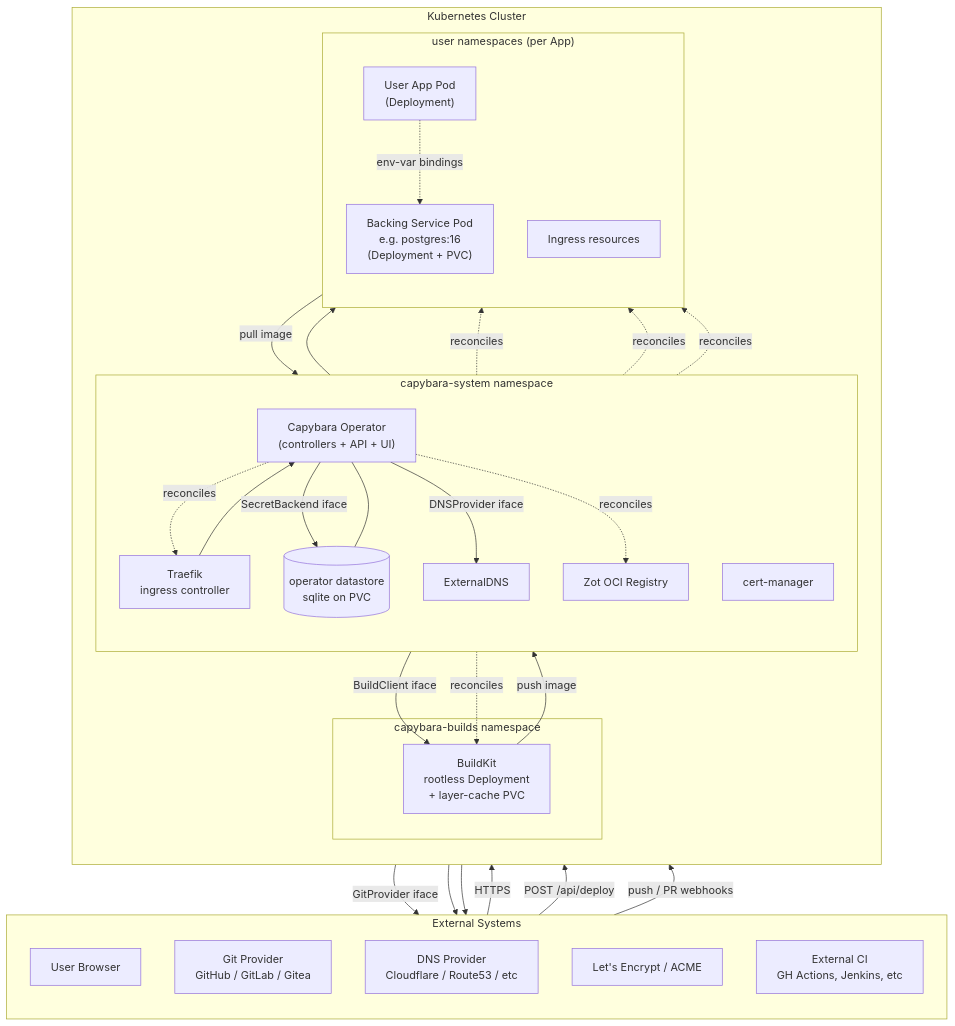
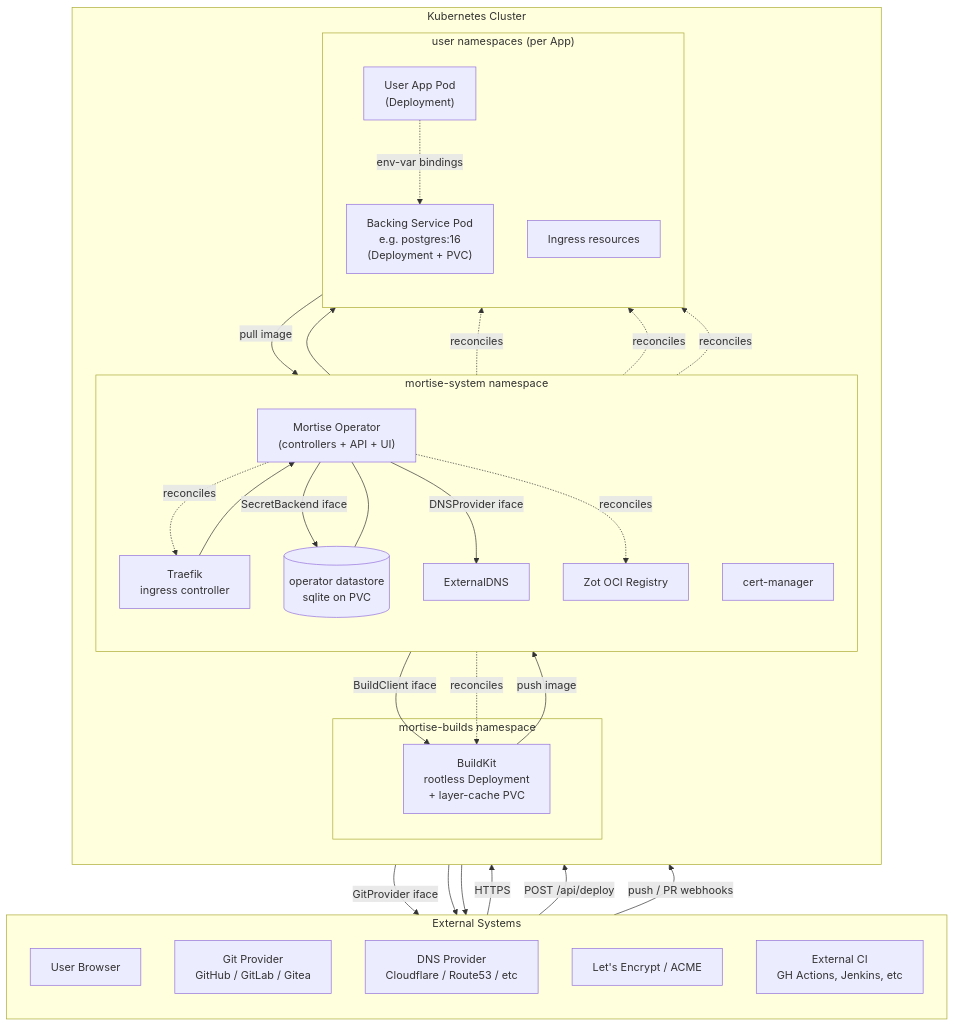
The first of 5 diagrams in ARCHITECTURE.md (mortise-org/mortise), drawn with Mermaid before and after one commit. The commit also changed other lines of this file and 2 other files, not shown here.

Commit message:
Rename Capybara → Mortise; addons are tenons (joinery metaphor)

````diff
--- a/ARCHITECTURE.md
+++ b/ARCHITECTURE.md
@@ -13,64 +13,64 @@
 ```mermaid
 flowchart TB
     subgraph External["External Systems"]
         direction TB
         User[User Browser]
         GitHub[Git Provider<br/>GitHub / GitLab / Gitea]
         DNSProv[DNS Provider<br/>Cloudflare / Route53 / etc]
         ACME[Let's Encrypt / ACME]
         CI[External CI<br/>GH Actions, Jenkins, etc]
     end
 
     subgraph Cluster["Kubernetes Cluster"]
         direction TB
 
-        subgraph SysNS["capybara-system namespace"]
+        subgraph SysNS["mortise-system namespace"]
             direction TB
-            Operator["Capybara Operator<br/>(controllers + API + UI)"]
+            Operator["Mortise Operator<br/>(controllers + API + UI)"]
             DB[(operator datastore<br/>sqlite on PVC)]
             Traefik[Traefik<br/>ingress controller]
             CertMgr[cert-manager]
             ExtDNS[ExternalDNS]
             Zot[Zot OCI Registry]
         end
 
-        subgraph BuildNS["capybara-builds namespace"]
+        subgraph BuildNS["mortise-builds namespace"]
             BuildKit[BuildKit<br/>rootless Deployment<br/>+ layer-cache PVC]
         end
 
         subgraph UserNS["user namespaces (per App)"]
             direction TB
             AppPod["User App Pod<br/>(Deployment)"]
             BackingPod["Backing Service Pod<br/>e.g. postgres:16<br/>(Deployment + PVC)"]
             Ing[Ingress resources]
         end
     end
 
     User -->|HTTPS| Traefik
     Traefik --> AppPod
     Traefik --> Operator
 
     CI -->|POST /api/deploy| Operator
     GitHub -->|push / PR webhooks| Operator
 
     Operator -->|GitProvider iface| GitHub
     Operator -->|BuildClient iface| BuildKit
     Operator -->|SecretBackend iface| DB
     Operator -->|DNSProvider iface| ExtDNS
     Operator --- DB
 
     BuildKit -->|push image| Zot
     AppPod -->|pull image| Zot
 
     ExtDNS --> DNSProv
     CertMgr --> ACME
 
     Operator -.reconciles.-> AppPod
     Operator -.reconciles.-> BackingPod
     Operator -.reconciles.-> Ing
     Operator -.reconciles.-> Traefik
     Operator -.reconciles.-> BuildKit
     Operator -.reconciles.-> Zot
 
     AppPod -.env-var bindings.-> BackingPod
 ```
````
